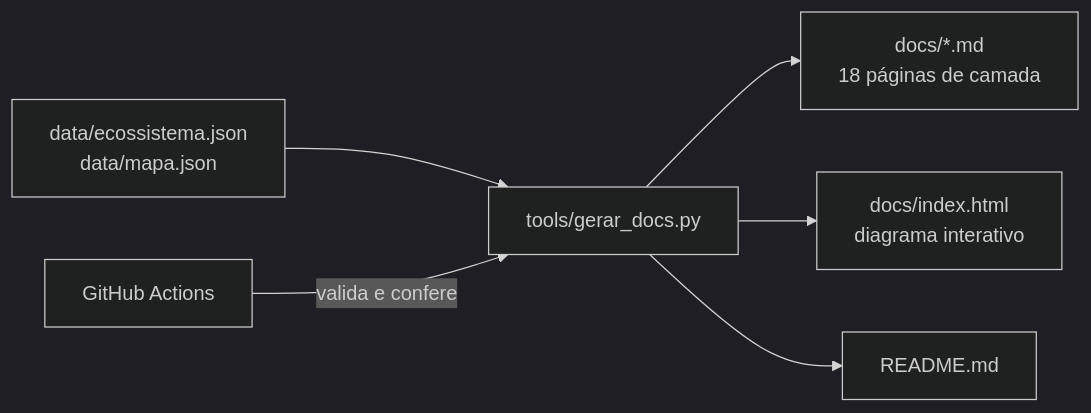
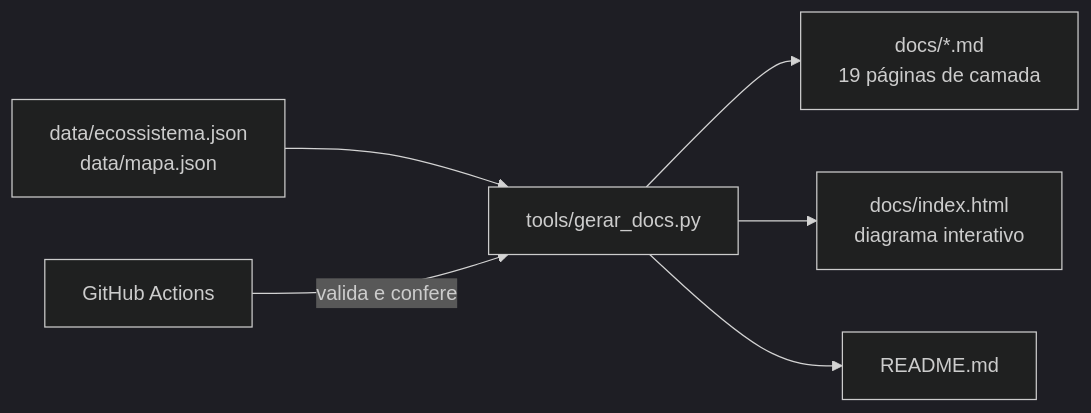
Before and after one commit to AlanMateus17/dev-setup: the second of 2 diagrams in README.md, drawn with Mermaid (dark theme). The commit also changed other lines of this file and 21 other files, not shown here.

````diff
--- a/README.md
+++ b/README.md
@@ -100,8 +100,8 @@
 ```mermaid
 flowchart LR
   D["data/ecossistema.json<br/>data/mapa.json"] --> G["tools/gerar_docs.py"]
-  G --> M["docs/*.md<br/>18 páginas de camada"]
+  G --> M["docs/*.md<br/>19 páginas de camada"]
   G --> H["docs/index.html<br/>diagrama interativo"]
   G --> R["README.md"]
   CI["GitHub Actions"] -->|"valida e confere"| G
 ```
````
